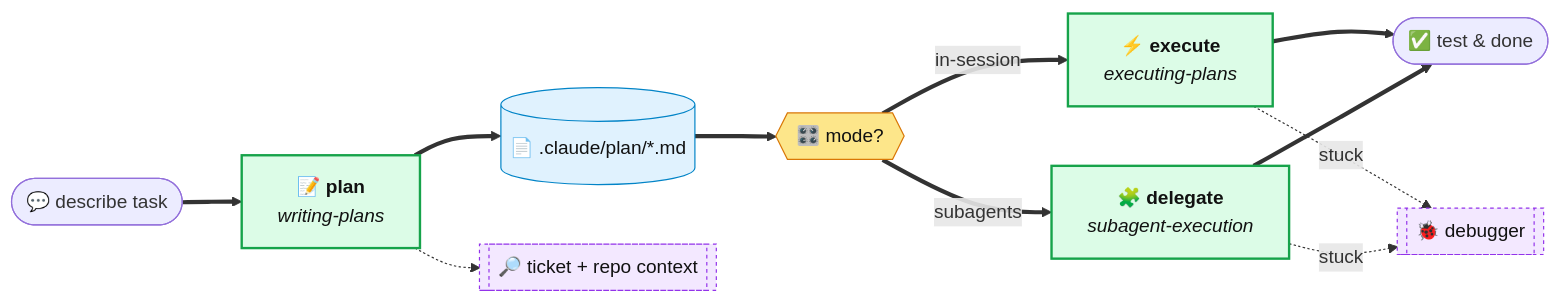
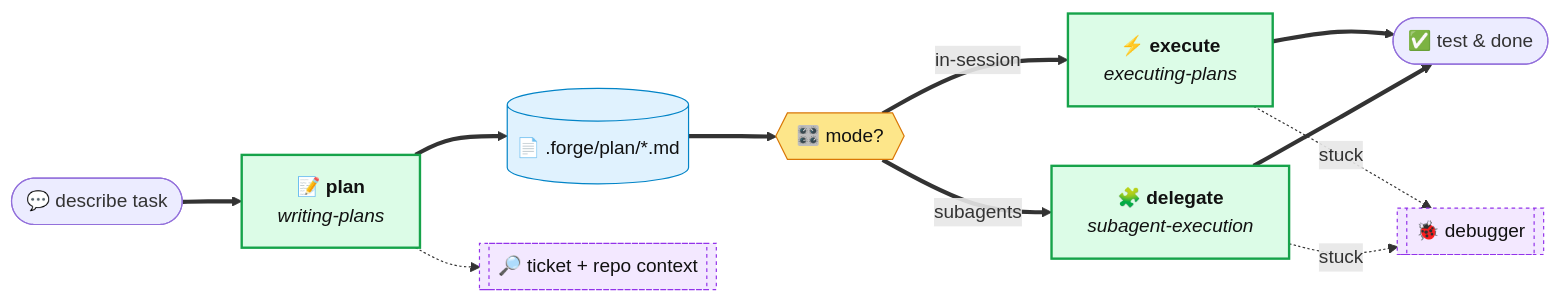
The diagram in README.md (anthonyespirat/forge), drawn with Mermaid before and after one commit. The commit also changed other lines of this file and 22 other files, not shown here.

````diff
--- a/README.md
+++ b/README.md
@@ -28,24 +28,24 @@
 ```mermaid
 flowchart LR
     User([💬 describe task]) ==> Plan[📝 <b>plan</b><br/><i>writing-plans</i>]
-    Plan ==> File[(📄 .claude/plan/*.md)]
+    Plan ==> File[(📄 .forge/plan/*.md)]
     File ==> Mode{{🎛️ mode?}}
     Mode ==>|in-session| Exec[⚡ <b>execute</b><br/><i>executing-plans</i>]
     Mode ==>|subagents| Sub[🧩 <b>delegate</b><br/><i>subagent-execution</i>]
     Exec ==> Done([✅ test &amp; done])
     Sub ==> Done
 
     Plan -.-> Ctx[[🔎 ticket + repo context]]
     Exec -.stuck.-> Dbg[[🐞 debugger]]
     Sub -.stuck.-> Dbg
 
     classDef main fill:#dcfce7,stroke:#16a34a,stroke-width:2px,color:#111
     classDef side fill:#f3e8ff,stroke:#9333ea,stroke-dasharray:3 3,color:#111
     classDef pick fill:#fde68a,stroke:#d97706,color:#111
     classDef file fill:#e0f2fe,stroke:#0284c7,color:#111
 
     class Plan,Exec,Sub main
     class Ctx,Dbg side
     class Mode pick
     class File file
 ```
````
